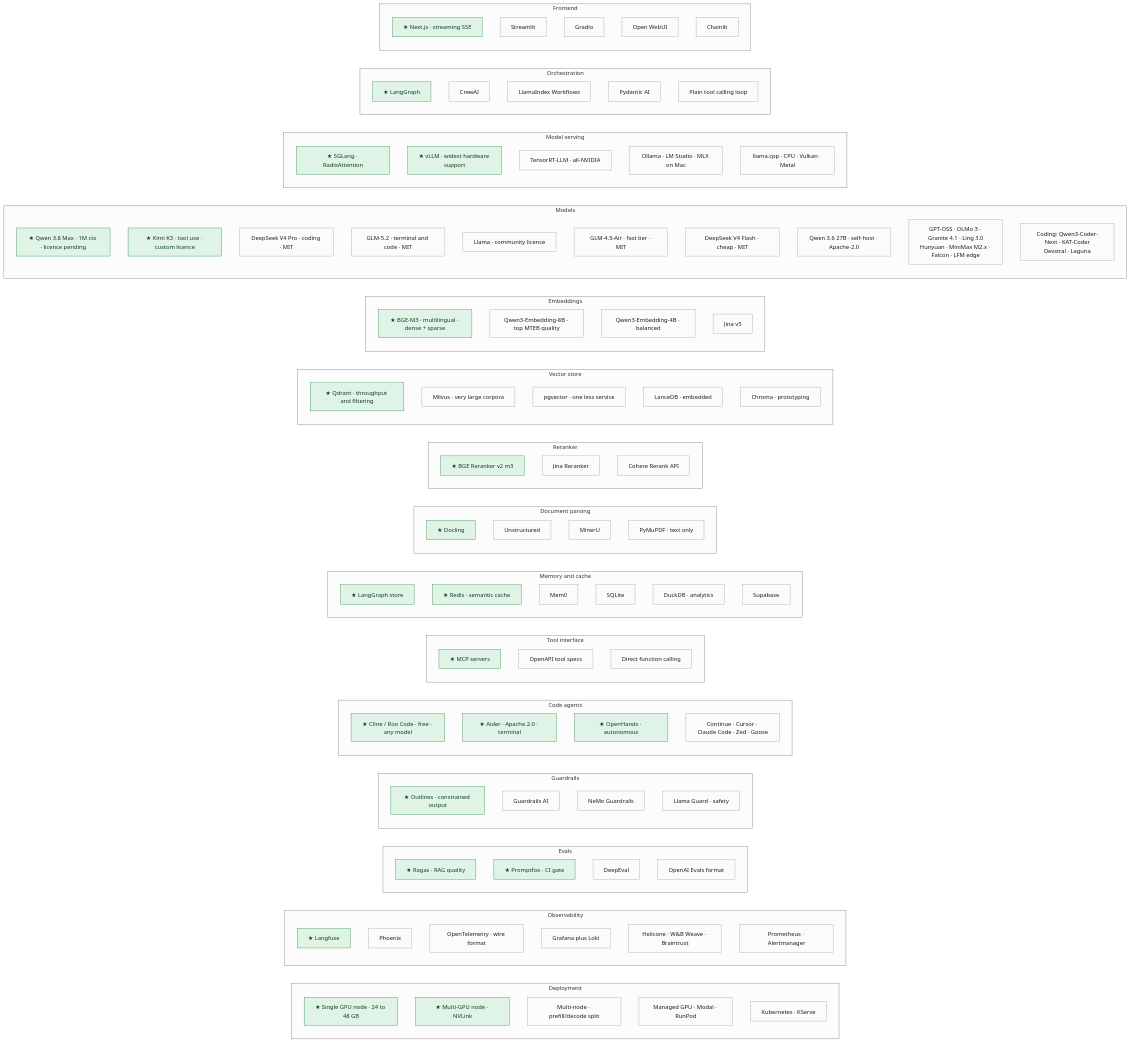
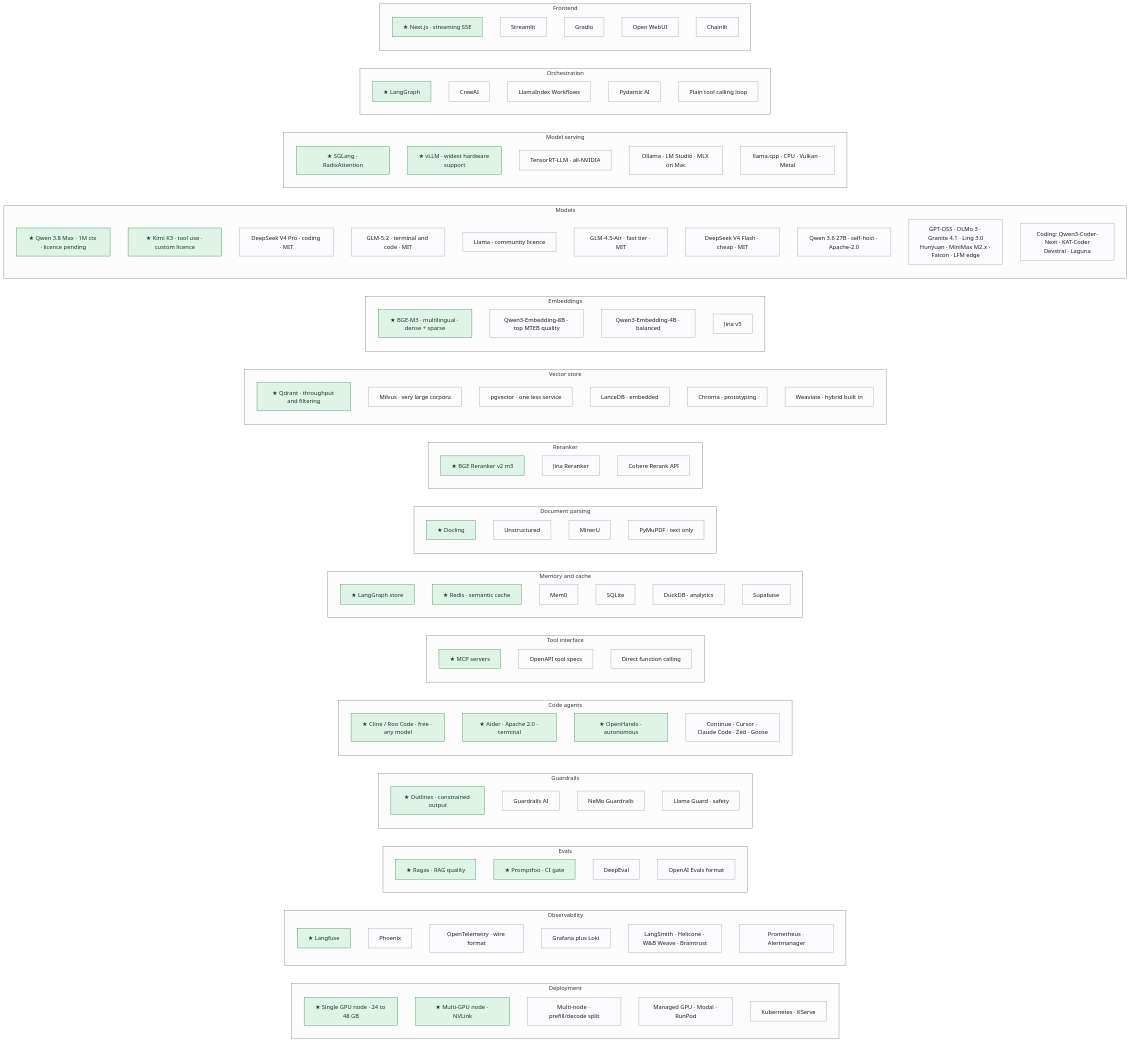
Before and after one commit to mlvpatel/open-weight-agent-stack: diagram 17 of 18 in MANUAL.md, drawn with Mermaid (neutral theme). The commit also changed other lines of this file and 9 other files, not shown here.

````diff
--- a/MANUAL.md
+++ b/MANUAL.md
@@ -1423,7 +1423,7 @@
         OB2["Phoenix"]
         OB3["OpenTelemetry · wire format"]
         OB4["Grafana plus Loki"]
-        OB5["Helicone · W&B Weave · Braintrust"]
+        OB5["LangSmith · Helicone · W&B Weave · Braintrust"]
         OB6["Prometheus · Alertmanager"]
     end
     subgraph CAT_EV["Evals"]
@@ -1474,6 +1474,7 @@
         VS3["pgvector · one less service"]
         VS4["LanceDB · embedded"]
         VS5["Chroma · prototyping"]
+        VS6["Weaviate · hybrid built in"]
     end
     subgraph CAT_EM["Embeddings"]
         EM1["★ BGE-M3 · multilingual · dense + sparse"]
@@ -1519,5 +1520,5 @@
     classDef alt fill:#fbfbfd,stroke:#a1a1a6,color:#1d1d1f
 
     class FE1,OR1,SV1,SV2,MD1,MD2,EM1,VS1,RR1,PA1,ME1,ME2,TL1,CA1,CA2,CA3,GR1,EV1,EV2,OB1,DP1,DP2 pick
-    class FE2,FE3,FE4,FE5,OR2,OR3,OR4,OR5,SV3,SV4,SV5,MD3,MD4,MD5,MD6,MD7,MD8,MD9,MD10,EM2,EM3,EM4,VS2,VS3,VS4,VS5,RR2,RR3,PA2,PA3,PA4,ME3,ME4,ME5,ME6,TL2,TL3,CA4,GR2,GR3,GR4,EV3,EV4,OB2,OB3,OB4,OB5,OB6,DP3,DP4,DP5 alt
+    class FE2,FE3,FE4,FE5,OR2,OR3,OR4,OR5,SV3,SV4,SV5,MD3,MD4,MD5,MD6,MD7,MD8,MD9,MD10,EM2,EM3,EM4,VS2,VS3,VS4,VS5,VS6,RR2,RR3,PA2,PA3,PA4,ME3,ME4,ME5,ME6,TL2,TL3,CA4,GR2,GR3,GR4,EV3,EV4,OB2,OB3,OB4,OB5,OB6,DP3,DP4,DP5 alt
 ```
````
